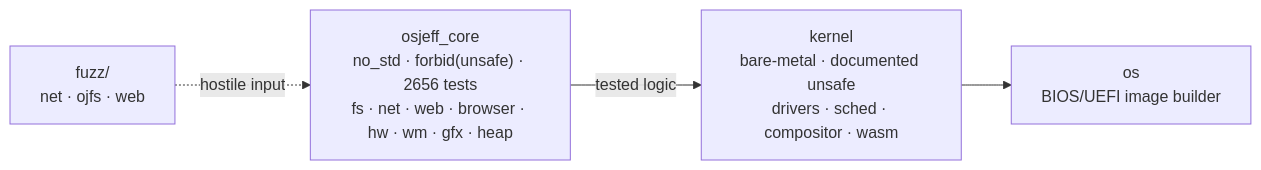
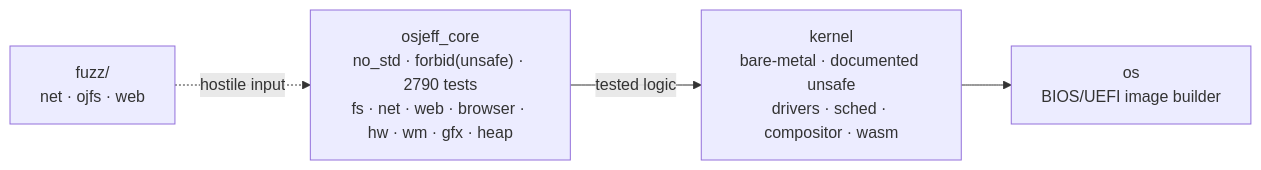
The diagram in README.en.md (Jeffinp/OSjeff), drawn with Mermaid before and after one commit. The commit also changed other lines of this file and 3 other files, not shown here.

````diff
--- a/README.en.md
+++ b/README.en.md
@@ -98,9 +98,9 @@
 ```mermaid
 flowchart LR
-    CORE["osjeff_core<br/>no_std · forbid(unsafe) · 2656 tests<br/>fs · net · web · browser · hw · wm · gfx · heap"]
+    CORE["osjeff_core<br/>no_std · forbid(unsafe) · 2790 tests<br/>fs · net · web · browser · hw · wm · gfx · heap"]
     KERNEL["kernel<br/>bare-metal · documented unsafe<br/>drivers · sched · compositor · wasm"]
     OS["os<br/>BIOS/UEFI image builder"]
     FUZZ["fuzz/<br/>net · ojfs · web"]
     CORE -->|tested logic| KERNEL --> OS
     FUZZ -.->|hostile input| CORE
 ```
````
